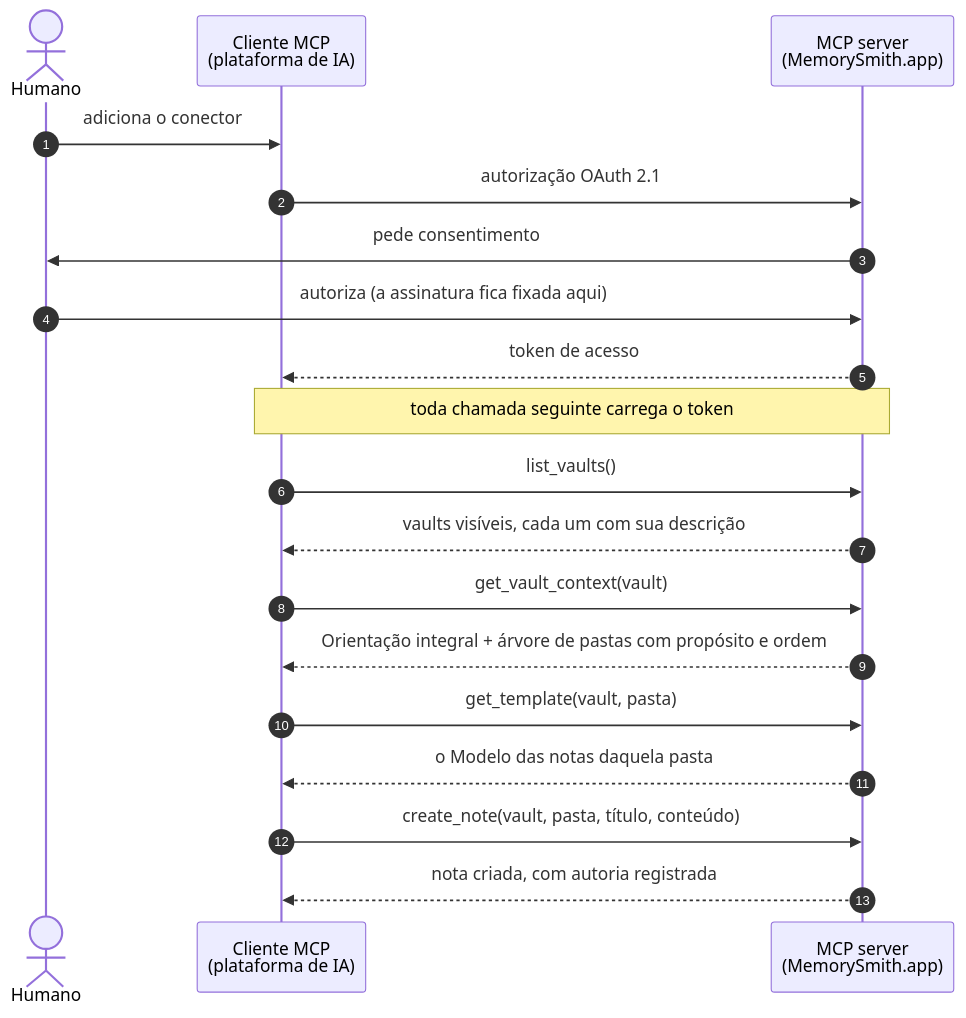
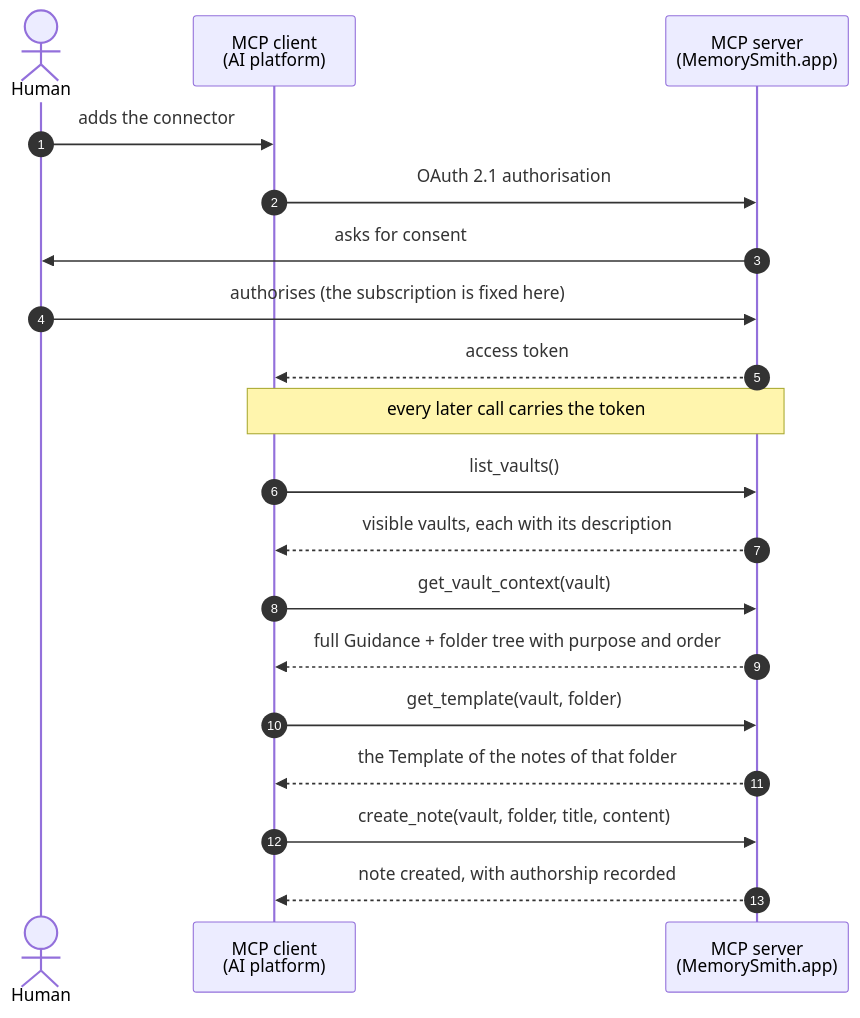
Before and after one commit to memorysmithapp/memorysmithapp: the diagram in README.md, drawn with Mermaid. The commit also changed other lines of this file and 1 other file, not shown here.

````diff
--- a/README.md
+++ b/README.md
@@ -112,27 +112,27 @@
 ```mermaid
 sequenceDiagram
     autonumber
-    actor Humano
-    participant Cliente as Cliente MCP<br/>(plataforma de IA)
-    participant Servidor as MCP server<br/>(MemorySmith.app)
+    actor Human
+    participant Client as MCP client<br/>(AI platform)
+    participant Server as MCP server<br/>(MemorySmith.app)
 
-    Humano->>Cliente: adiciona o conector
-    Cliente->>Servidor: autorização OAuth 2.1
-    Servidor->>Humano: pede consentimento
-    Humano->>Servidor: autoriza (a assinatura fica fixada aqui)
-    Servidor-->>Cliente: token de acesso
+    Human->>Client: adds the connector
+    Client->>Server: OAuth 2.1 authorisation
+    Server->>Human: asks for consent
+    Human->>Server: authorises (the subscription is fixed here)
+    Server-->>Client: access token
 
-    note over Cliente,Servidor: toda chamada seguinte carrega o token
+    note over Client,Server: every later call carries the token
 
-    Cliente->>Servidor: list_vaults()
-    Servidor-->>Cliente: vaults visíveis, cada um com sua descrição
+    Client->>Server: list_vaults()
+    Server-->>Client: visible vaults, each with its description
 
-    Cliente->>Servidor: get_vault_context(vault)
-    Servidor-->>Cliente: Orientação integral + árvore de pastas com propósito e ordem
+    Client->>Server: get_vault_context(vault)
+    Server-->>Client: full Guidance + folder tree with purpose and order
 
-    Cliente->>Servidor: get_template(vault, pasta)
-    Servidor-->>Cliente: o Modelo das notas daquela pasta
+    Client->>Server: get_template(vault, folder)
+    Server-->>Client: the Template of the notes of that folder
 
-    Cliente->>Servidor: create_note(vault, pasta, título, conteúdo)
-    Servidor-->>Cliente: nota criada, com autoria registrada
+    Client->>Server: create_note(vault, folder, title, content)
+    Server-->>Client: note created, with authorship recorded
 ```
````
